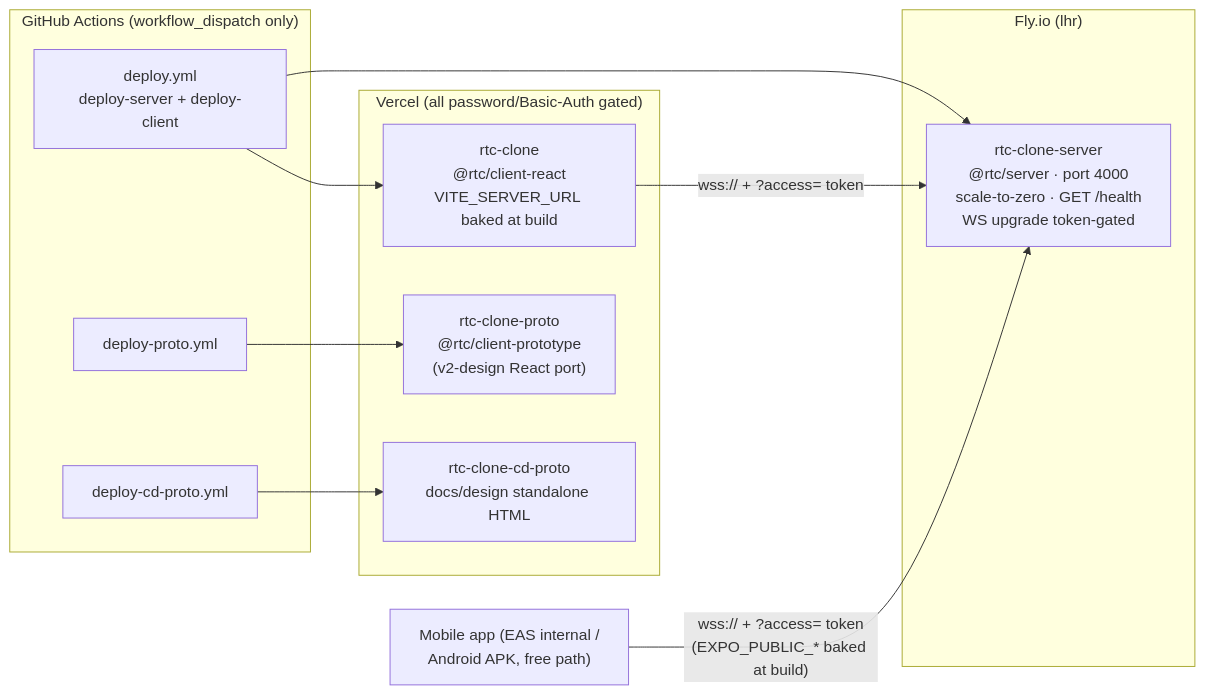
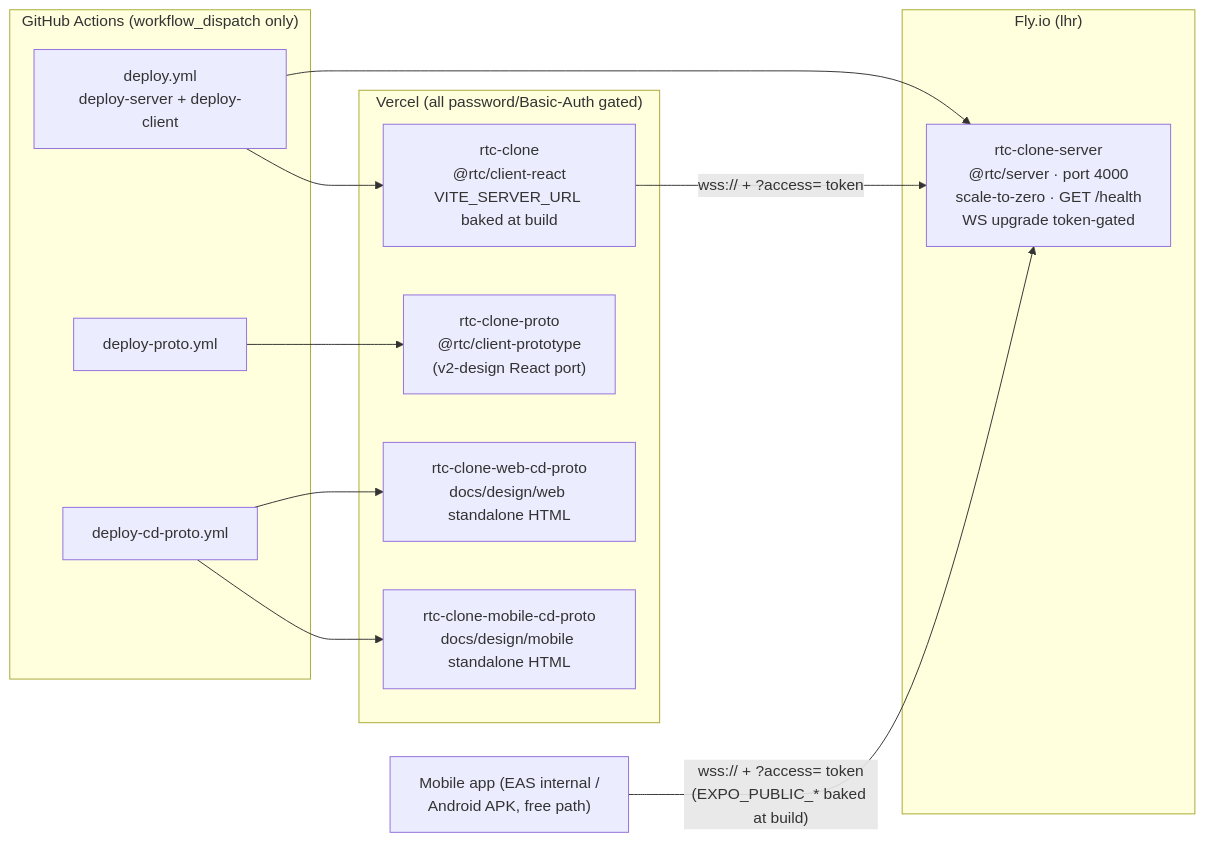
One commit to bettersoftware-io/ReactiveTraderCloudClone changed the fifth of 5 diagrams in docs/architecture/07-communication-patterns.md. Above: the diagram before and after it, drawn with Mermaid. The commit also changed 53 other files, not shown here.

````diff
--- a/docs/architecture/07-communication-patterns.md
+++ b/docs/architecture/07-communication-patterns.md
@@ -200,27 +200,29 @@
 ```mermaid
 flowchart LR
     subgraph GH["GitHub Actions (workflow_dispatch only)"]
         d1["deploy.yml<br/>deploy-server + deploy-client"]
         d2["deploy-proto.yml"]
         d3["deploy-cd-proto.yml"]
     end
 
     subgraph Fly["Fly.io (lhr)"]
         srv["rtc-clone-server<br/>@rtc/server · port 4000<br/>scale-to-zero · GET /health<br/>WS upgrade token-gated"]
     end
 
     subgraph Vercel["Vercel (all password/Basic-Auth gated)"]
         v1["rtc-clone<br/>@rtc/client-react<br/>VITE_SERVER_URL baked at build"]
         v2["rtc-clone-proto<br/>@rtc/client-prototype<br/>(v2-design React port)"]
-        v3["rtc-clone-cd-proto<br/>docs/design standalone HTML"]
+        v3["rtc-clone-web-cd-proto<br/>docs/design/web standalone HTML"]
+        v4["rtc-clone-mobile-cd-proto<br/>docs/design/mobile standalone HTML"]
     end
 
     mob["Mobile app (EAS internal /<br/>Android APK, free path)"]
 
     d1 --> srv
     d1 --> v1
     d2 --> v2
     d3 --> v3
+    d3 --> v4
     v1 -->|"wss:// + ?access= token"| srv
     mob -->|"wss:// + ?access= token<br/>(EXPO_PUBLIC_* baked at build)"| srv
 ```
````
